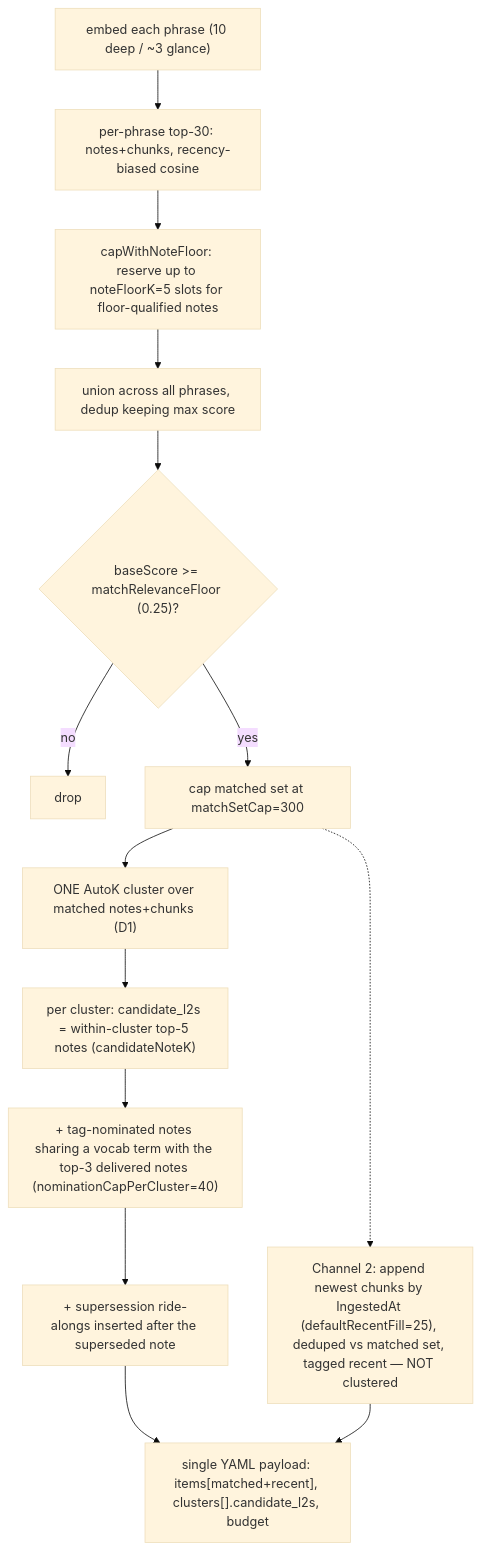
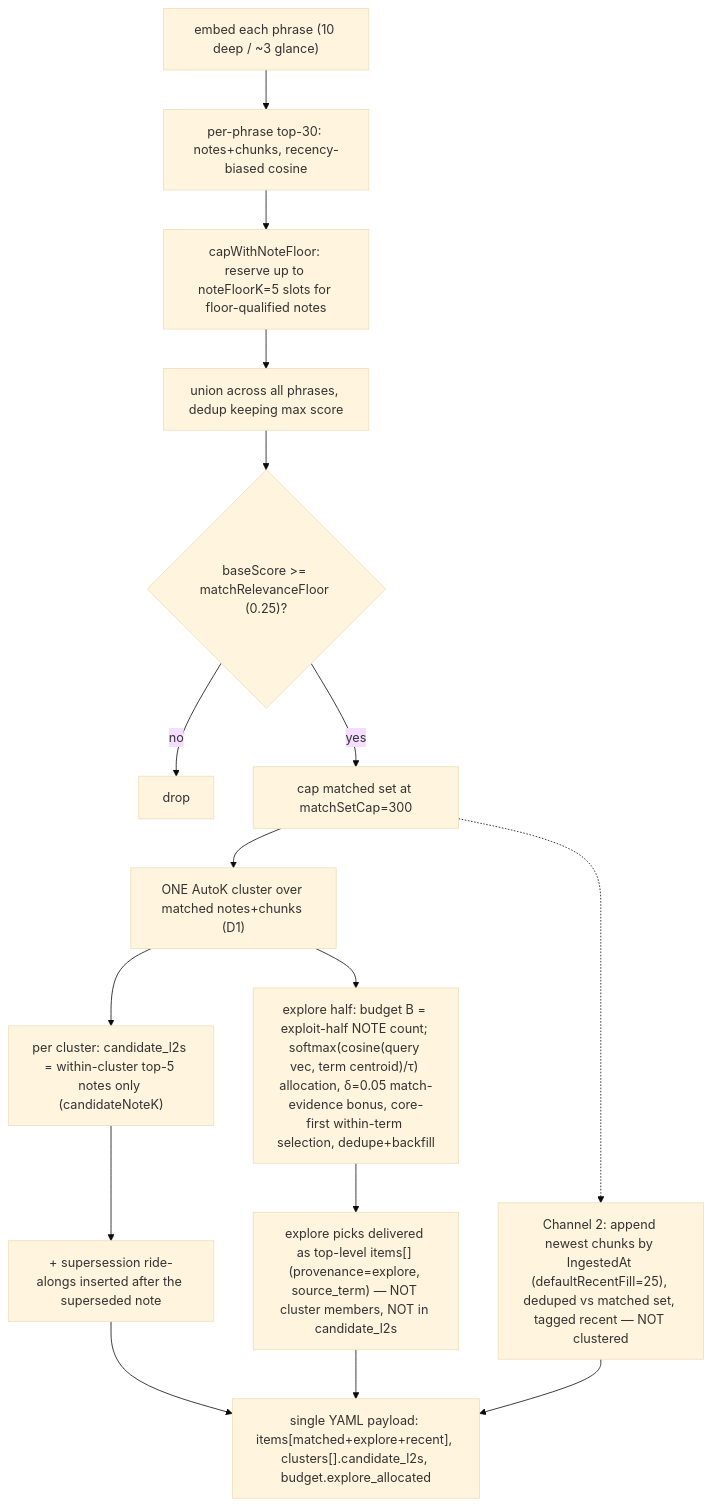
The fourth of 8 diagrams in docs/architecture/c2-containers.md (toejough/engram), drawn with Mermaid (base theme) before and after one commit. The commit also changed other lines of this file and 9 other files, not shown here.

First line of the commit message:
docs(recall): scrub tag nomination; document explore sampling

````diff
--- a/docs/architecture/c2-containers.md
+++ b/docs/architecture/c2-containers.md
@@ -151,16 +151,18 @@
 ```mermaid
 flowchart TD
     A["embed each phrase (10 deep / ~3 glance)"] --> B["per-phrase top-30: notes+chunks, recency-biased cosine"]
     B --> C["capWithNoteFloor: reserve up to noteFloorK=5 slots for floor-qualified notes"]
     C --> D["union across all phrases, dedup keeping max score"]
     D --> E{"baseScore >= matchRelevanceFloor (0.25)?"}
     E -->|no| DROP["drop"]
     E -->|yes| F["cap matched set at matchSetCap=300"]
     F --> G["ONE AutoK cluster over matched notes+chunks (D1)"]
-    G --> H["per cluster: candidate_l2s = within-cluster top-5 notes (candidateNoteK)"]
-    H --> I["+ tag-nominated notes sharing a vocab term with the top-3 delivered notes (nominationCapPerCluster=40)"]
-    I --> J["+ supersession ride-alongs inserted after the superseded note"]
+    G --> H["per cluster: candidate_l2s = within-cluster top-5 notes only (candidateNoteK)"]
+    H --> J["+ supersession ride-alongs inserted after the superseded note"]
+    G --> EX["explore half: budget B = exploit-half NOTE count; softmax(cosine(query vec, term centroid)/τ) allocation, δ=0.05 match-evidence bonus, core-first within-term selection, dedupe+backfill"]
+    EX --> EXITEMS["explore picks delivered as top-level items[] (provenance=explore, source_term) — NOT cluster members, NOT in candidate_l2s"]
     F -.-> CH2["Channel 2: append newest chunks by IngestedAt (defaultRecentFill=25), deduped vs matched set, tagged recent — NOT clustered"]
-    J --> PAYLOAD["single YAML payload: items[matched+recent], clusters[].candidate_l2s, budget"]
+    J --> PAYLOAD["single YAML payload: items[matched+explore+recent], clusters[].candidate_l2s, budget.explore_allocated"]
+    EXITEMS --> PAYLOAD
     CH2 --> PAYLOAD
 ```
````
